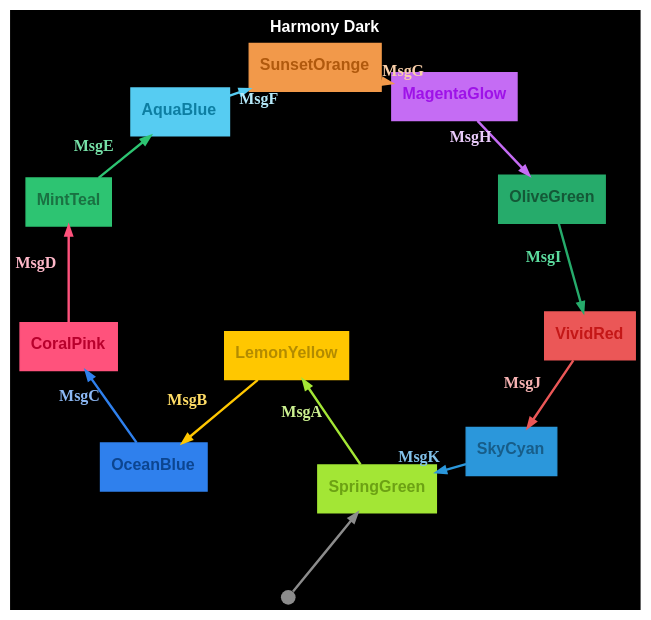
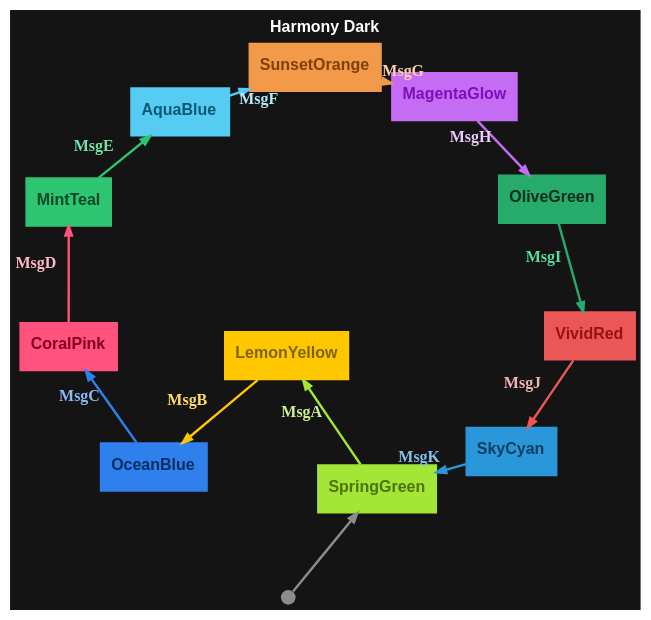
Before and after one commit to m-bock/purescript-transit: the diagram in graphs/themes/harmony-dark.dot, drawn with Graphviz. The commit also changed 28 other files, not shown here.

```diff
--- a/graphs/themes/harmony-dark.dot
+++ b/graphs/themes/harmony-dark.dot
@@ -1,29 +1,29 @@
 digraph 
 {
-rankdir = "TD";fontname = "Arial";label = <<b>Harmony Dark</b>>;labelloc = "t";fontsize = 12;bgcolor = "#000000";fontcolor = "#ffffff"
+rankdir = "TD";fontname = "Arial";label = <<b>Harmony Dark</b>>;labelloc = "t";fontsize = 12;bgcolor = "#141414";color = "#ffffff";fontcolor = "#ffffff"
 graph [layout=sfdp;overlap=false, K=2.5, repulsiveforce=4, splines=true];
-SpringGreen [shape = "box", label = <<b>SpringGreen</b>>, fontsize = 12, style = "filled", fillcolor = "#a3e635", fontcolor = "#6ca114", color = "#a3e635", fontname = "Arial", labelloc = "c", penwidth = 1.0]
+SpringGreen [shape = "box", label = <<b>SpringGreen</b>>, fontsize = 12, style = "filled", fillcolor = "#a3e635", fontcolor = "#4d740e", color = "#a3e635", fontname = "Arial", labelloc = "c", penwidth = 1.0]
 __Start__ [shape = "circle", label = "", width = 0.15, height = 0.15, fixedsize = true, style = "filled", fillcolor = "#8c8c8c", penwidth = 0.0]
 __Start__ -> SpringGreen [color = "#8c8c8c", fontsize = 12, arrowsize = "0.7", penwidth = 1.8]
 SpringGreen -> LemonYellow [color = "#a3e635", fontcolor = "#ccf190", fontsize = 12, arrowsize = "0.7", label = <<b>MsgA</b>>, penwidth = 1.8]
-LemonYellow [shape = "box", label = <<b>LemonYellow</b>>, fontsize = 12, style = "filled", fillcolor = "#ffc700", fontcolor = "#b38b00", color = "#ffc700", fontname = "Arial", labelloc = "c", penwidth = 1.0]
+LemonYellow [shape = "box", label = <<b>LemonYellow</b>>, fontsize = 12, style = "filled", fillcolor = "#ffc700", fontcolor = "#806300", color = "#ffc700", fontname = "Arial", labelloc = "c", penwidth = 1.0]
 LemonYellow -> OceanBlue [color = "#ffc700", fontcolor = "#ffdd66", fontsize = 12, arrowsize = "0.7", label = <<b>MsgB</b>>, penwidth = 1.8]
-OceanBlue [shape = "box", label = <<b>OceanBlue</b>>, fontsize = 12, style = "filled", fillcolor = "#2f80ed", fontcolor = "#0c4590", color = "#2f80ed", fontname = "Arial", labelloc = "c", penwidth = 1.0]
+OceanBlue [shape = "box", label = <<b>OceanBlue</b>>, fontsize = 12, style = "filled", fillcolor = "#2f80ed", fontcolor = "#082e61", color = "#2f80ed", fontname = "Arial", labelloc = "c", penwidth = 1.0]
 OceanBlue -> CoralPink [color = "#2f80ed", fontcolor = "#8db9f5", fontsize = 12, arrowsize = "0.7", label = <<b>MsgC</b>>, penwidth = 1.8]
-CoralPink [shape = "box", label = <<b>CoralPink</b>>, fontsize = 12, style = "filled", fillcolor = "#ff527c", fontcolor = "#b8002c", color = "#ff527c", fontname = "Arial", labelloc = "c", penwidth = 1.0]
+CoralPink [shape = "box", label = <<b>CoralPink</b>>, fontsize = 12, style = "filled", fillcolor = "#ff527c", fontcolor = "#850020", color = "#ff527c", fontname = "Arial", labelloc = "c", penwidth = 1.0]
 CoralPink -> MintTeal [color = "#ff527c", fontcolor = "#ffb8c9", fontsize = 12, arrowsize = "0.7", label = <<b>MsgD</b>>, penwidth = 1.8]
-MintTeal [shape = "box", label = <<b>MintTeal</b>>, fontsize = 12, style = "filled", fillcolor = "#2dc472", fontcolor = "#1a7142", color = "#2dc472", fontname = "Arial", labelloc = "c", penwidth = 1.0]
+MintTeal [shape = "box", label = <<b>MintTeal</b>>, fontsize = 12, style = "filled", fillcolor = "#2dc472", fontcolor = "#104729", color = "#2dc472", fontname = "Arial", labelloc = "c", penwidth = 1.0]
 MintTeal -> AquaBlue [color = "#2dc472", fontcolor = "#76e0a7", fontsize = 12, arrowsize = "0.7", label = <<b>MsgE</b>>, penwidth = 1.8]
-AquaBlue [shape = "box", label = <<b>AquaBlue</b>>, fontsize = 12, style = "filled", fillcolor = "#56ccf2", fontcolor = "#0d7ea2", color = "#56ccf2", fontname = "Arial", labelloc = "c", penwidth = 1.0]
+AquaBlue [shape = "box", label = <<b>AquaBlue</b>>, fontsize = 12, style = "filled", fillcolor = "#56ccf2", fontcolor = "#095973", color = "#56ccf2", fontname = "Arial", labelloc = "c", penwidth = 1.0]
 AquaBlue -> SunsetOrange [color = "#56ccf2", fontcolor = "#b5e9f9", fontsize = 12, arrowsize = "0.7", label = <<b>MsgF</b>>, penwidth = 1.8]
-SunsetOrange [shape = "box", label = <<b>SunsetOrange</b>>, fontsize = 12, style = "filled", fillcolor = "#f2994a", fontcolor = "#b0590d", color = "#f2994a", fontname = "Arial", labelloc = "c", penwidth = 1.0]
+SunsetOrange [shape = "box", label = <<b>SunsetOrange</b>>, fontsize = 12, style = "filled", fillcolor = "#f2994a", fontcolor = "#804109", color = "#f2994a", fontname = "Arial", labelloc = "c", penwidth = 1.0]
 SunsetOrange -> MagentaGlow [color = "#f2994a", fontcolor = "#f9cfa9", fontsize = 12, arrowsize = "0.7", label = <<b>MsgG</b>>, penwidth = 1.8]
-MagentaGlow [shape = "box", label = <<b>MagentaGlow</b>>, fontsize = 12, style = "filled", fillcolor = "#c56cf4", fontcolor = "#9e12e8", color = "#c56cf4", fontname = "Arial", labelloc = "c", penwidth = 1.0]
+MagentaGlow [shape = "box", label = <<b>MagentaGlow</b>>, fontsize = 12, style = "filled", fillcolor = "#c56cf4", fontcolor = "#7e0eb9", color = "#c56cf4", fontname = "Arial", labelloc = "c", penwidth = 1.0]
 MagentaGlow -> OliveGreen [color = "#c56cf4", fontcolor = "#eacbfb", fontsize = 12, arrowsize = "0.7", label = <<b>MsgH</b>>, penwidth = 1.8]
-OliveGreen [shape = "box", label = <<b>OliveGreen</b>>, fontsize = 12, style = "filled", fillcolor = "#26ab6b", fontcolor = "#145837", color = "#26ab6b", fontname = "Arial", labelloc = "c", penwidth = 1.0]
+OliveGreen [shape = "box", label = <<b>OliveGreen</b>>, fontsize = 12, style = "filled", fillcolor = "#26ab6b", fontcolor = "#0a2e1d", color = "#26ab6b", fontname = "Arial", labelloc = "c", penwidth = 1.0]
 OliveGreen -> VividRed [color = "#26ab6b", fontcolor = "#5cdb9e", fontsize = 12, arrowsize = "0.7", label = <<b>MsgI</b>>, penwidth = 1.8]
-VividRed [shape = "box", label = <<b>VividRed</b>>, fontsize = 12, style = "filled", fillcolor = "#eb5757", fontcolor = "#c41717", color = "#eb5757", fontname = "Arial", labelloc = "c", penwidth = 1.0]
+VividRed [shape = "box", label = <<b>VividRed</b>>, fontsize = 12, style = "filled", fillcolor = "#eb5757", fontcolor = "#971212", color = "#eb5757", fontname = "Arial", labelloc = "c", penwidth = 1.0]
 VividRed -> SkyCyan [color = "#eb5757", fontcolor = "#f6b2b2", fontsize = 12, arrowsize = "0.7", label = <<b>MsgJ</b>>, penwidth = 1.8]
-SkyCyan [shape = "box", label = <<b>SkyCyan</b>>, fontsize = 12, style = "filled", fillcolor = "#2b97db", fontcolor = "#175d89", color = "#2b97db", fontname = "Arial", labelloc = "c", penwidth = 1.0]
+SkyCyan [shape = "box", label = <<b>SkyCyan</b>>, fontsize = 12, style = "filled", fillcolor = "#2b97db", fontcolor = "#103f5d", color = "#2b97db", fontname = "Arial", labelloc = "c", penwidth = 1.0]
 SkyCyan -> SpringGreen [color = "#2b97db", fontcolor = "#82c2ea", fontsize = 12, arrowsize = "0.7", label = <<b>MsgK</b>>, penwidth = 1.8]
 }
```
